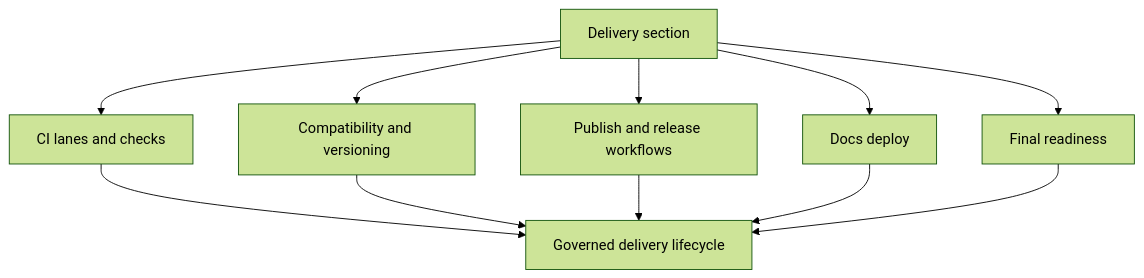
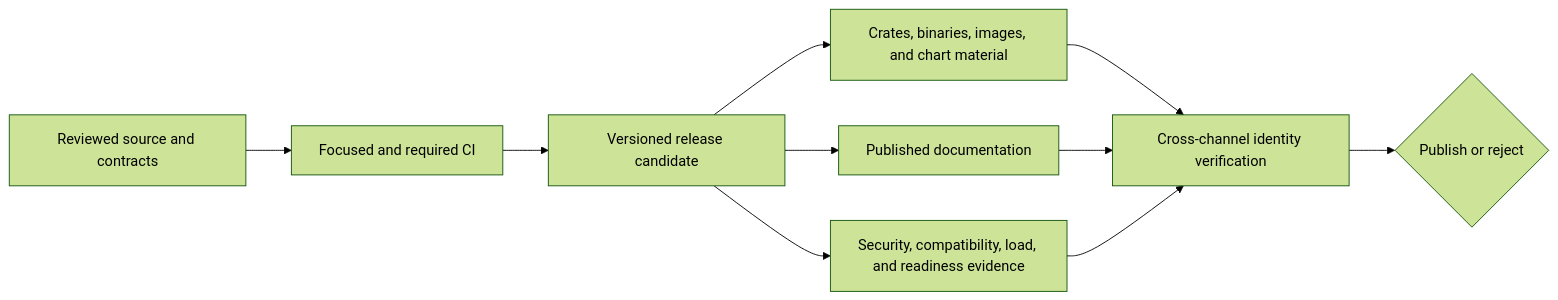
One commit to bijux/bijux-atlas changed the first of 2 diagrams in docs/bijux-atlas-dev/delivery/index.md. Above: the diagram before and after it, drawn with Mermaid (forest theme). The commit also changed other lines of this file and 2 other files, not shown here.

Commit message:
docs(delivery): expose readiness and security evidence limits

````diff
--- a/docs/bijux-atlas-dev/delivery/index.md
+++ b/docs/bijux-atlas-dev/delivery/index.md
@@ -14,13 +17,12 @@
 ```mermaid
-flowchart TD
-    Delivery[Delivery section] --> Lanes[CI lanes and checks]
-    Delivery --> Compat[Compatibility and versioning]
-    Delivery --> Publish[Publish and release workflows]
-    Delivery --> Docs[Docs deploy]
-    Delivery --> Ready[Final readiness]
-    Lanes --> Model[Governed delivery lifecycle]
-    Compat --> Model
-    Publish --> Model
-    Docs --> Model
-    Ready --> Model
+flowchart LR
+    Source[Reviewed source and contracts] --> CI[Focused and required CI]
+    CI --> Candidate[Versioned release candidate]
+    Candidate --> Packages[Crates, binaries, images, and chart material]
+    Candidate --> Docs[Published documentation]
+    Candidate --> Evidence[Security, compatibility, load, and readiness evidence]
+    Packages --> Verify[Cross-channel identity verification]
+    Docs --> Verify
+    Evidence --> Verify
+    Verify --> Decision{Publish or reject}
 ```
````
